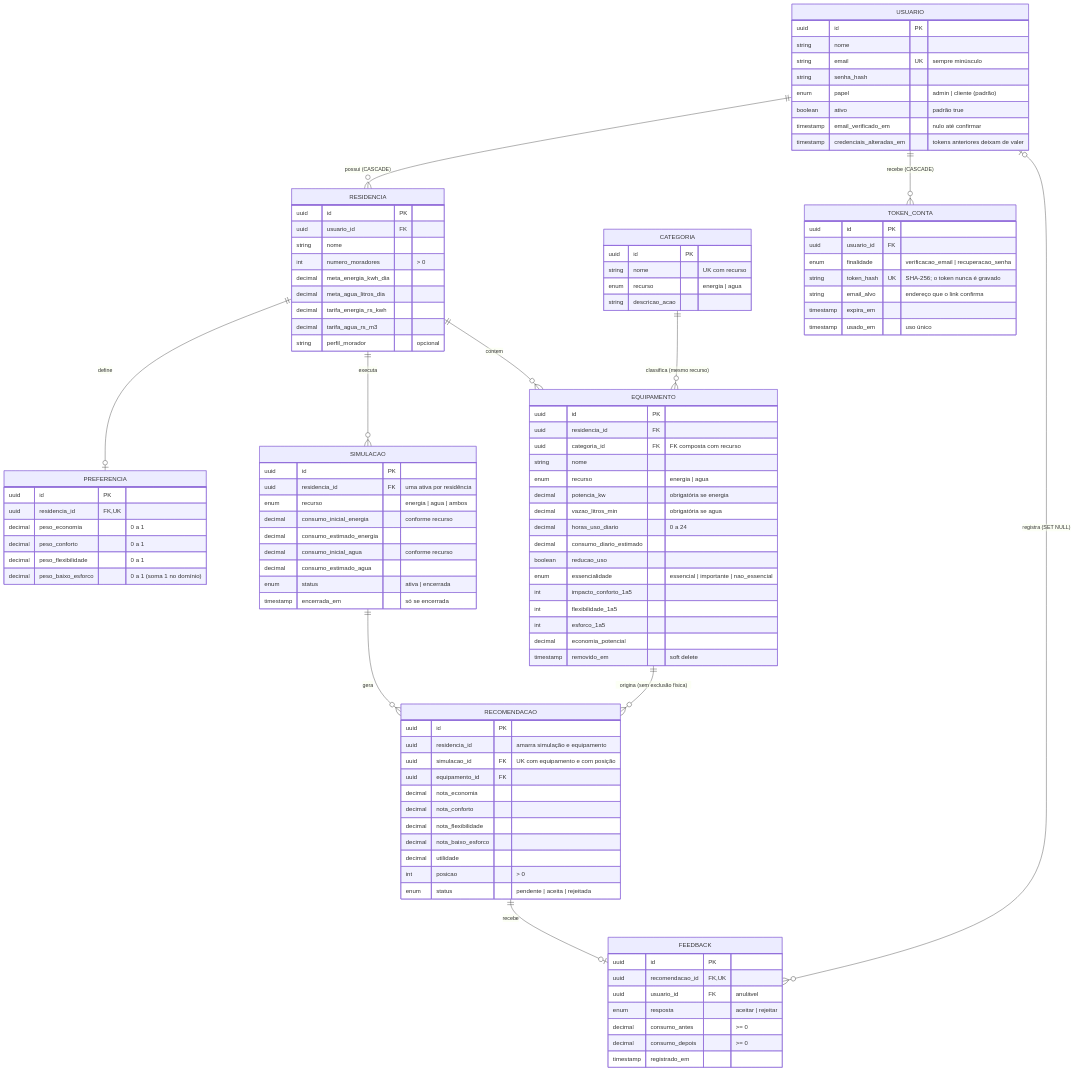
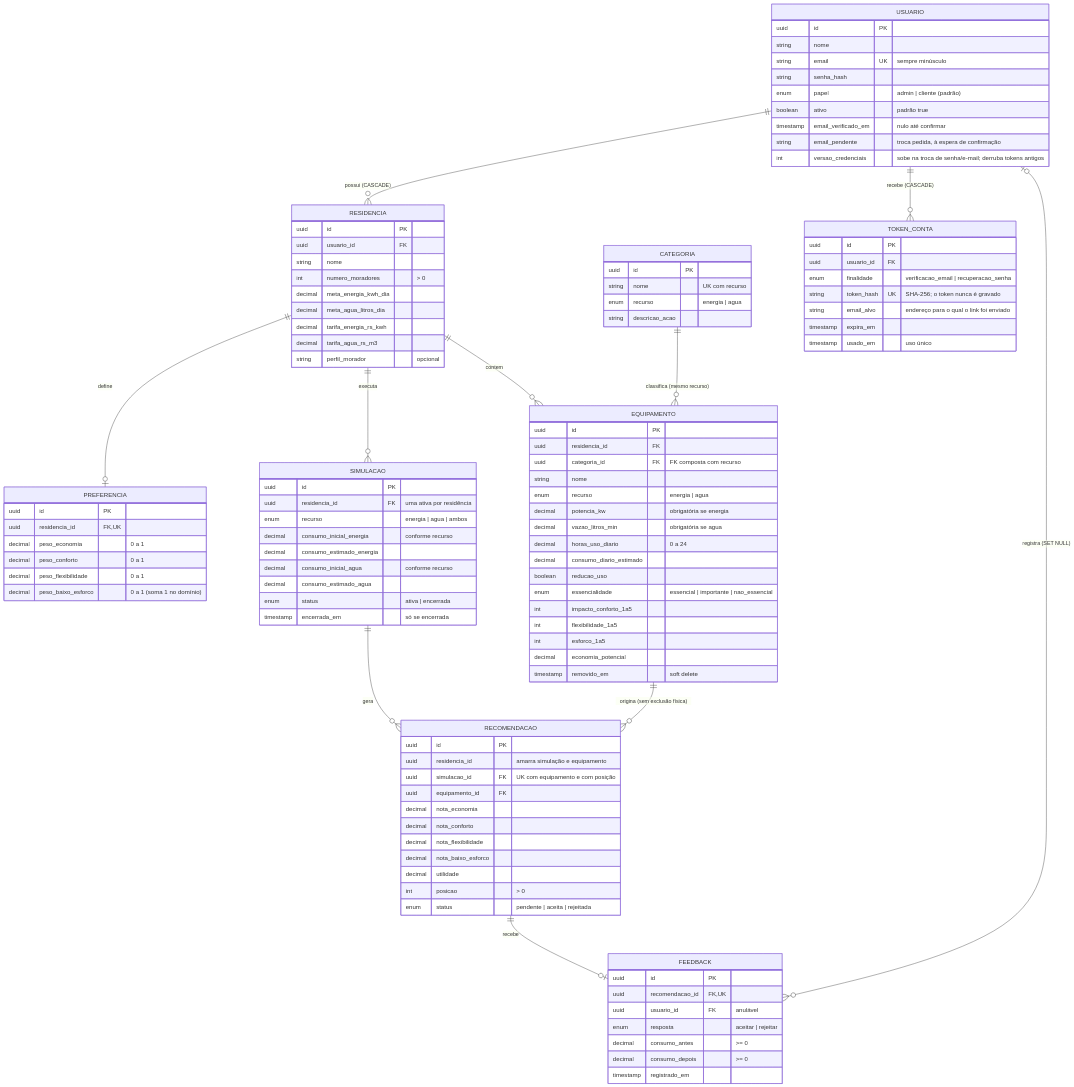
Before and after one commit to Joloano/agente-recomendacao-economia: the first of 3 diagrams in docs/diagramas.md, drawn with Mermaid. The commit also changed 16 other files, not shown here.

```diff
--- a/docs/diagramas.md
+++ b/docs/diagramas.md
@@ -26,14 +26,15 @@
         enum papel "admin | cliente (padrão)"
         boolean ativo "padrão true"
         timestamp email_verificado_em "nulo até confirmar"
-        timestamp credenciais_alteradas_em "tokens anteriores deixam de valer"
+        string email_pendente "troca pedida, à espera de confirmação"
+        int versao_credenciais "sobe na troca de senha/e-mail; derruba tokens antigos"
     }
     TOKEN_CONTA {
         uuid id PK
         uuid usuario_id FK
         enum finalidade "verificacao_email | recuperacao_senha"
         string token_hash UK "SHA-256; o token nunca é gravado"
-        string email_alvo "endereço que o link confirma"
+        string email_alvo "endereço para o qual o link foi enviado"
         timestamp expira_em
         timestamp usado_em "uso único"
     }
```
